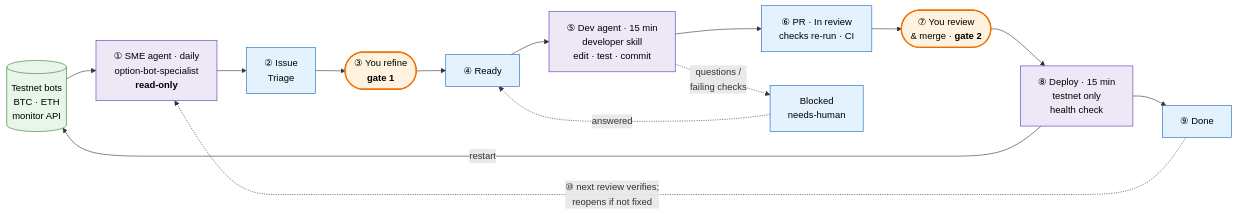
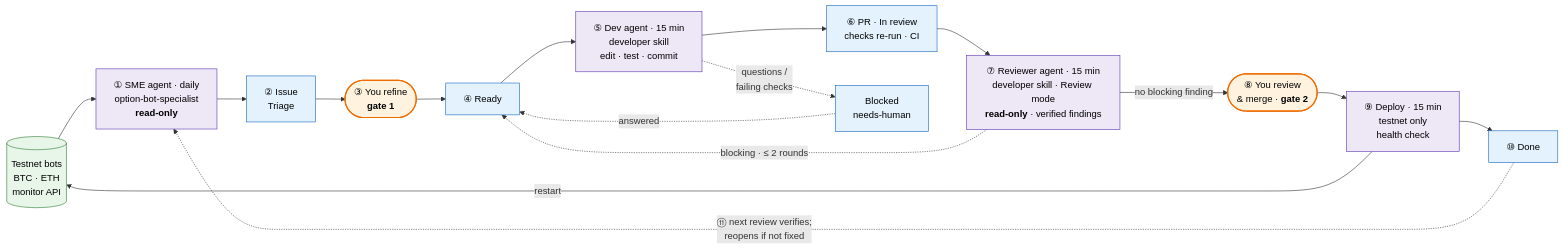
One commit to rchau73/optionsBot changed the diagram in docs/agentic_workflow.mmd. Above: the diagram before and after it, drawn with Mermaid. The commit also changed 10 other files, not shown here.

First line of the commit message:
Agents: a Reviewer agent closes the review loop before a person reads the PR

```diff
--- a/docs/agentic_workflow.mmd
+++ b/docs/agentic_workflow.mmd
@@ -1,26 +1,28 @@
 flowchart LR
     BOTS[("Testnet bots<br/>BTC · ETH<br/>monitor API")]
     SME["① SME agent · daily<br/>option-bot-specialist<br/><b>read-only</b>"]
     TRI["② Issue<br/>Triage"]
     H1(["③ You refine<br/><b>gate 1</b>"])
     READY["④ Ready"]
     DEV["⑤ Dev agent · 15 min<br/>developer skill<br/>edit · test · commit"]
     PR["⑥ PR · In review<br/>checks re-run · CI"]
-    H2(["⑦ You review<br/>& merge · <b>gate 2</b>"])
-    DEP["⑧ Deploy · 15 min<br/>testnet only<br/>health check"]
-    DONE["⑨ Done"]
+    REV["⑦ Reviewer agent · 15 min<br/>developer skill · Review mode<br/><b>read-only</b> · verified findings"]
+    H2(["⑧ You review<br/>& merge · <b>gate 2</b>"])
+    DEP["⑨ Deploy · 15 min<br/>testnet only<br/>health check"]
+    DONE["⑩ Done"]
     BLK["Blocked<br/>needs-human"]
 
-    BOTS --> SME --> TRI --> H1 --> READY --> DEV --> PR --> H2 --> DEP --> DONE
+    BOTS --> SME --> TRI --> H1 --> READY --> DEV --> PR --> REV -->|no blocking finding| H2 --> DEP --> DONE
+    REV -.->|"blocking · ≤ 2 rounds"| READY
     DEP -->|restart| BOTS
     DEV -.->|questions /<br/>failing checks| BLK -.->|answered| READY
-    DONE -.->|"⑩ next review verifies;<br/>reopens if not fixed"| SME
+    DONE -.->|"⑪ next review verifies;<br/>reopens if not fixed"| SME
 
     classDef agent fill:#ede7f6,stroke:#5e35b1,color:#000
     classDef human fill:#fff3e0,stroke:#ef6c00,color:#000,stroke-width:2px
     classDef gh fill:#e3f2fd,stroke:#1565c0,color:#000
     classDef run fill:#e8f5e9,stroke:#2e7d32,color:#000
-    class SME,DEV,DEP agent
+    class SME,DEV,REV,DEP agent
     class H1,H2 human
     class TRI,READY,PR,DONE,BLK gh
     class BOTS run
```
